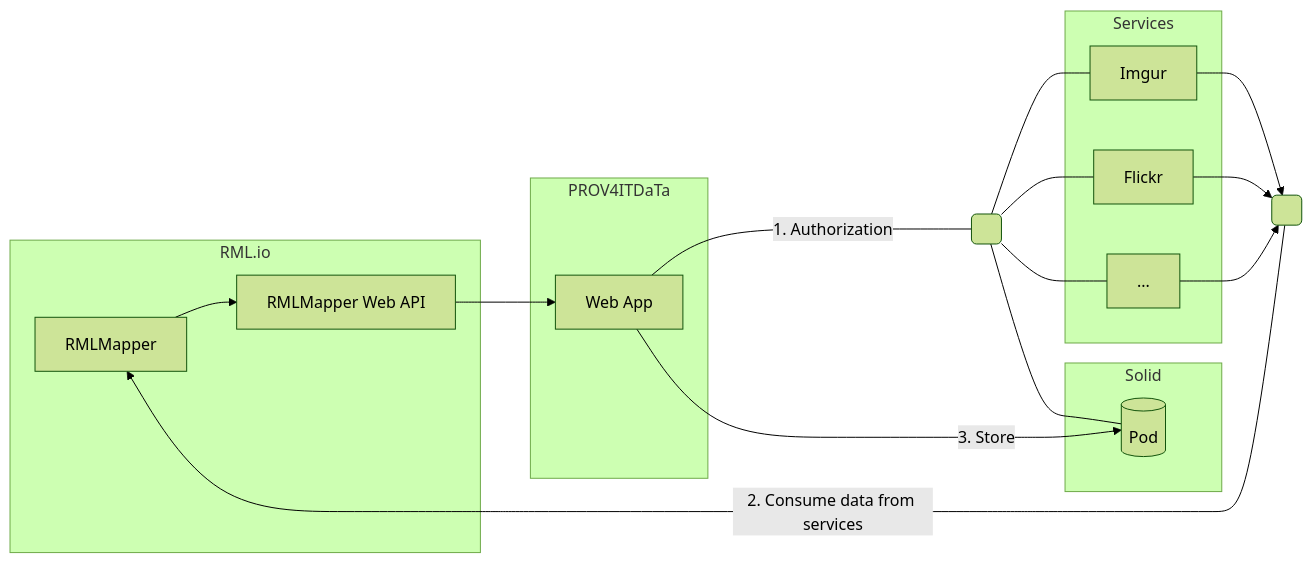
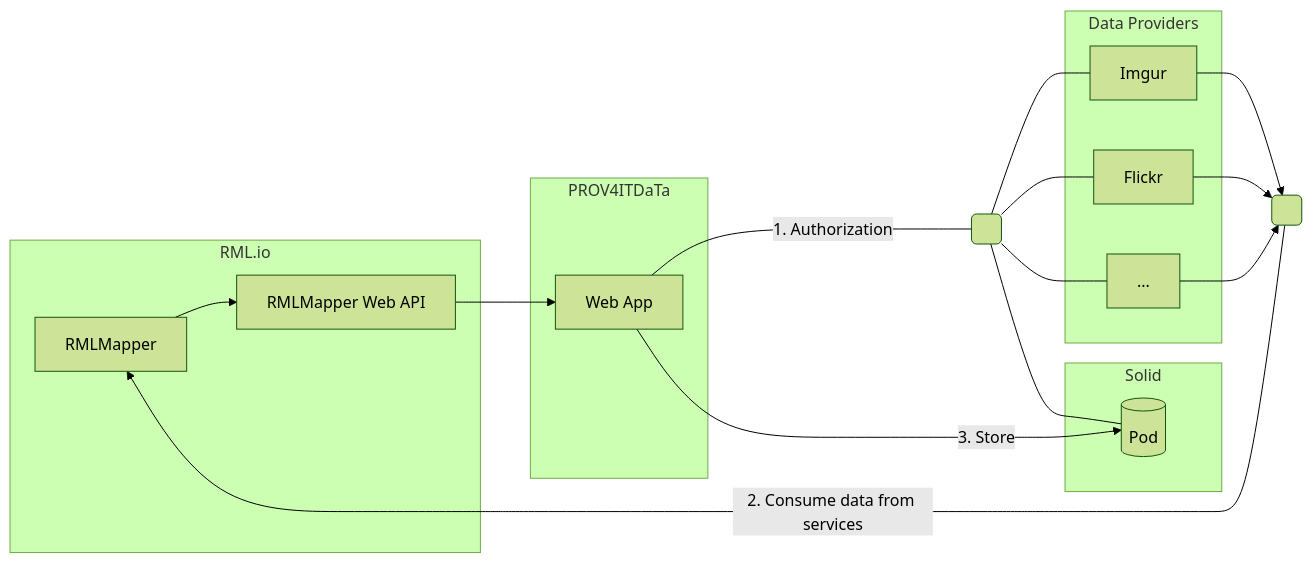
One commit to RMLio/prov4itdata-web-app changed the diagram in docs/REPORT.md. Above: the diagram before and after it, drawn with Mermaid (forest theme). The commit also changed other lines of this file and 3 other files, not shown here.

````diff
--- a/docs/REPORT.md
+++ b/docs/REPORT.md
@@ -88,46 +111,46 @@
 ```mermaid
 graph LR
   linkStyle default interpolate basis
 
 
     RM[RMLMapper]
     RMW[RMLMapper Web API]
     IMGUR[Imgur]
     FLICKR[Flickr]
     OTHER[...]
     SP[(Pod)]
     WA[Web App]
 
-    subgraph  sgServices [Services]
+    subgraph  sgServices [Data Providers]
       IMGUR
       FLICKR
       OTHER
     end
     subgraph sgRML [RML.io]
       RM
       RMW
     end
     subgraph sgSolid [Solid]
       SP
     end
 
     subgraph PROV4ITDaTa
       WA
     end
 
     RM --> RMW
     RMW --> WA
   
     WA ---|1. Authorization| x( )
     x --- IMGUR
     x --- FLICKR
     x --- OTHER
     x --- SP
 
     y( ) -->|2. Consume data from services| RM;
     IMGUR --> y;
     FLICKR --> y;
     OTHER --> y;
 
     WA -->|3. Store| SP
 ```
````
